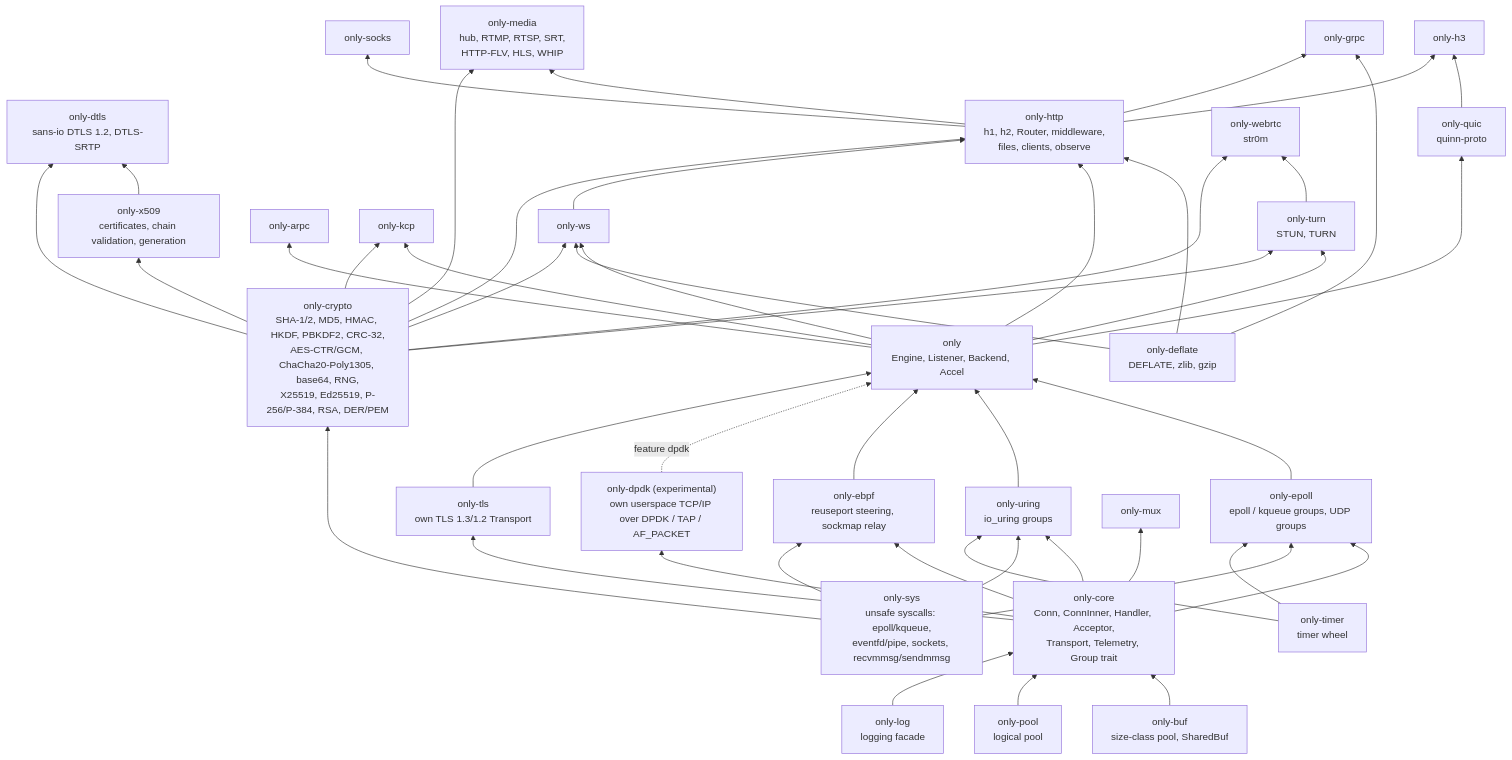
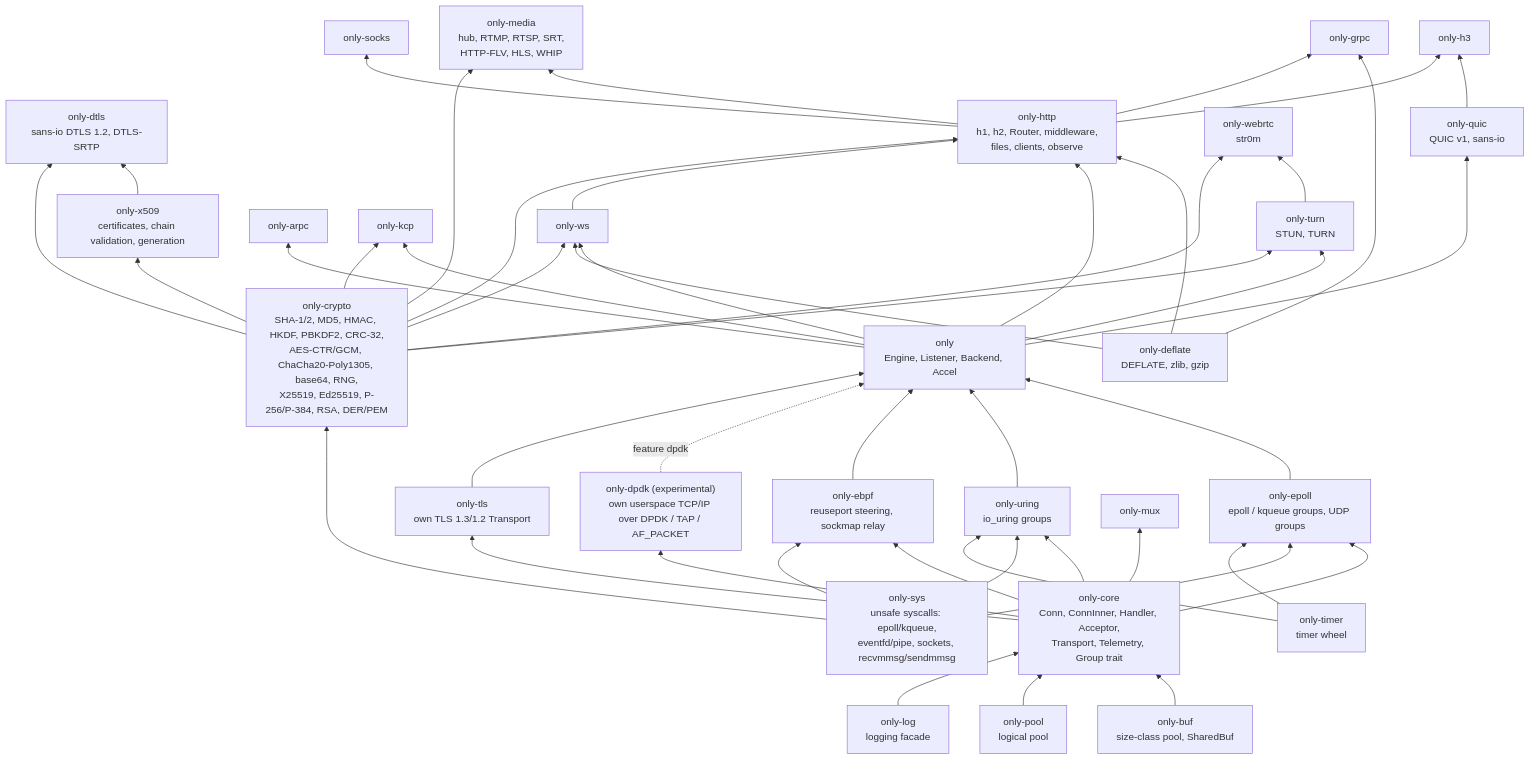
One commit to lesismal/akio changed the first of 6 diagrams in docs/architecture.md. Above: the diagram before and after it, drawn with Mermaid. The commit also changed other lines of this file and 89 other files, not shown here.

Commit message:
wip(only-quic): fuzz targets, docs, API snapshot, deny cleanup

````diff
--- a/docs/architecture.md
+++ b/docs/architecture.md
@@ -13,77 +13,77 @@
 ```mermaid
 flowchart BT
     sys["only-sys<br/>unsafe syscalls: epoll/kqueue,<br/>eventfd/pipe, sockets, recvmmsg/sendmmsg"]
     crypto["only-crypto<br/>SHA-1/2, MD5, HMAC, HKDF, PBKDF2, CRC-32,<br/>AES-CTR/GCM, ChaCha20-Poly1305, base64, RNG,<br/>X25519, Ed25519, P-256/P-384, RSA, DER/PEM"]
     x509["only-x509<br/>certificates, chain validation, generation"]
     dtls["only-dtls<br/>sans-io DTLS 1.2, DTLS-SRTP"]
     buf["only-buf<br/>size-class pool, SharedBuf"]
     timer["only-timer<br/>timer wheel"]
     deflate["only-deflate<br/>DEFLATE, zlib, gzip"]
     logc["only-log<br/>logging facade"]
     pool["only-pool<br/>logical pool"]
     core["only-core<br/>Conn, ConnInner, Handler, Acceptor,<br/>Transport, Telemetry, Group trait"]
     epoll["only-epoll<br/>epoll / kqueue groups, UDP groups"]
     uring["only-uring<br/>io_uring groups"]
     ebpf["only-ebpf<br/>reuseport steering, sockmap relay"]
     dpdk["only-dpdk (experimental)<br/>own userspace TCP/IP over DPDK / TAP / AF_PACKET"]
     tls["only-tls<br/>own TLS 1.3/1.2 Transport"]
     facade["only<br/>Engine, Listener, Backend, Accel"]
     http["only-http<br/>h1, h2, Router, middleware,<br/>files, clients, observe"]
     ws[only-ws]
     grpc[only-grpc]
     arpc[only-arpc]
     socks[only-socks]
     mux[only-mux]
-    quic["only-quic<br/>quinn-proto"]
+    quic["only-quic<br/>QUIC v1, sans-io"]
     h3[only-h3]
     kcp[only-kcp]
     turn["only-turn<br/>STUN, TURN"]
     webrtc["only-webrtc<br/>str0m"]
     media["only-media<br/>hub, RTMP, RTSP, SRT,<br/>HTTP-FLV, HLS, WHIP"]
 
     buf --> core
     pool --> core
     logc --> core
     core --> epoll
     sys --> epoll
     timer --> epoll
     core --> uring
     sys --> uring
     timer --> uring
     core --> ebpf
     core --> dpdk
     sys --> ebpf
     core --> tls
     epoll --> facade
     uring --> facade
     ebpf --> facade
     dpdk -.->|feature dpdk| facade
     tls --> facade
     facade --> ws
     deflate --> ws
     deflate --> http
     deflate --> grpc
     facade --> http
     ws --> http
     http --> grpc
     facade --> arpc
     http --> socks
     core --> mux
     facade --> quic
     quic --> h3
     http --> h3
     facade --> kcp
     facade --> turn
     turn --> webrtc
     http --> media
     sys --> crypto
     crypto --> x509
     x509 --> dtls
     crypto --> dtls
     crypto --> ws
     crypto --> http
     crypto --> kcp
     crypto --> turn
     crypto --> webrtc
     crypto --> media
 ```
````
